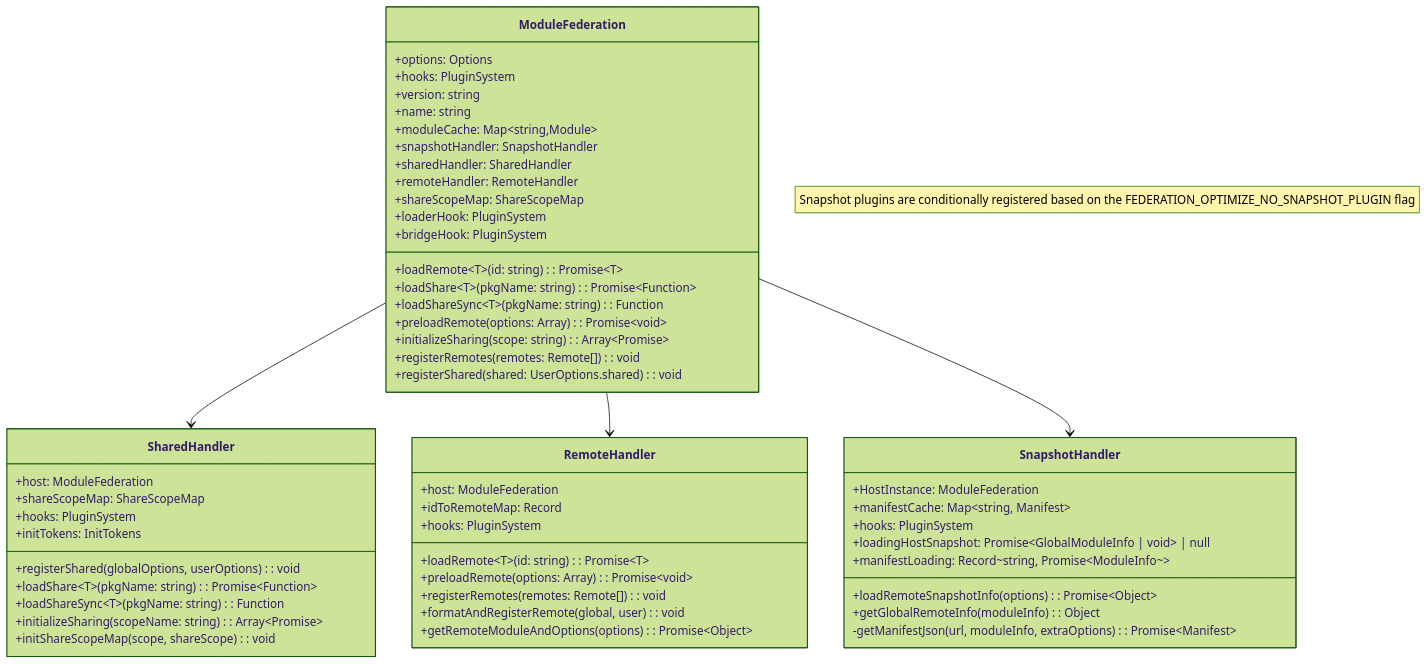
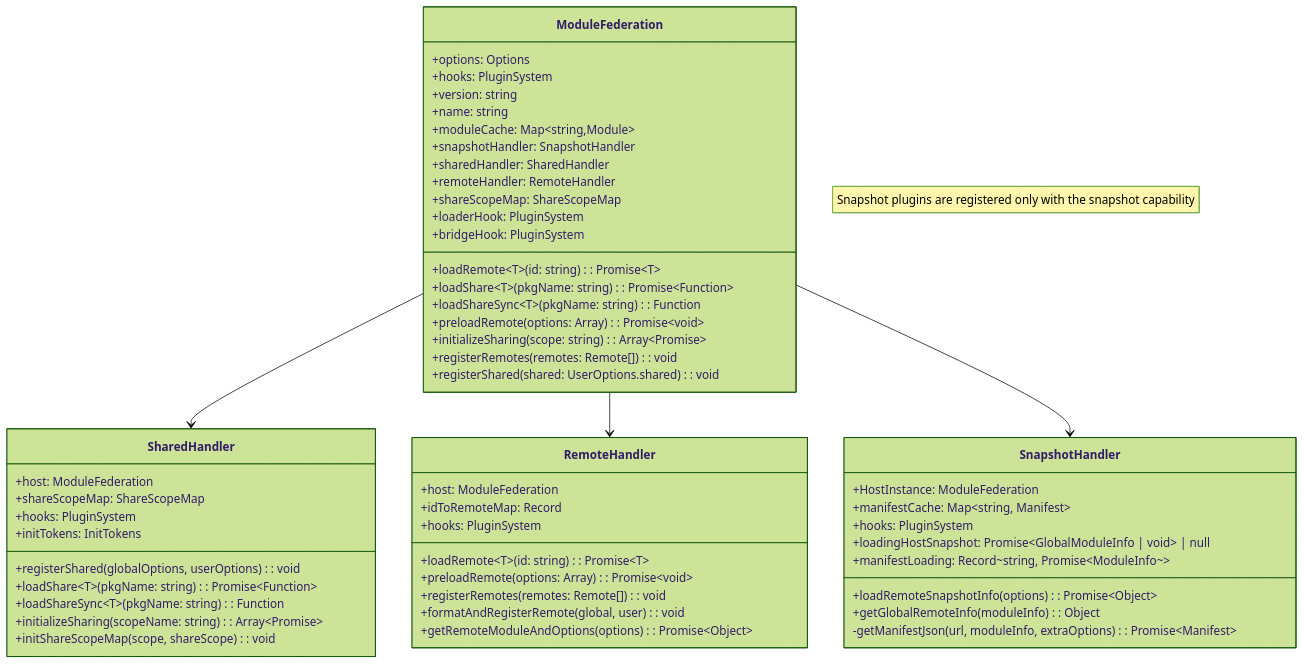
Before and after one commit to module-federation/core: the second of 3 diagrams in arch-doc/runtime-architecture.md, drawn with Mermaid (forest theme). The commit also changed other lines of this file and 4 other files, not shown here.

````diff
--- a/arch-doc/runtime-architecture.md
+++ b/arch-doc/runtime-architecture.md
@@ -96,67 +95,67 @@
 ```mermaid
 classDiagram
     class ModuleFederation {
         +options: Options
         +hooks: PluginSystem
         +version: string
         +name: string
         +moduleCache: Map~string,Module~
         +snapshotHandler: SnapshotHandler
         +sharedHandler: SharedHandler
         +remoteHandler: RemoteHandler
         +shareScopeMap: ShareScopeMap
         +loaderHook: PluginSystem
         +bridgeHook: PluginSystem
 
         +loadRemote~T~(id: string): Promise~T~
         +loadShare~T~(pkgName: string): Promise~Function~
         +loadShareSync~T~(pkgName: string): Function
         +preloadRemote(options: Array): Promise~void~
         +initializeSharing(scope: string): Array~Promise~
         +registerRemotes(remotes: Remote[]): void
         +registerShared(shared: UserOptions.shared): void
     }
 
     class SharedHandler {
         +host: ModuleFederation
         +shareScopeMap: ShareScopeMap
         +hooks: PluginSystem
         +initTokens: InitTokens
 
         +registerShared(globalOptions, userOptions): void
         +loadShare~T~(pkgName: string): Promise~Function~
         +loadShareSync~T~(pkgName: string): Function
         +initializeSharing(scopeName: string): Array~Promise~
         +initShareScopeMap(scope, shareScope): void
     }
 
     class RemoteHandler {
         +host: ModuleFederation
         +idToRemoteMap: Record
         +hooks: PluginSystem
 
         +loadRemote~T~(id: string): Promise~T~
         +preloadRemote(options: Array): Promise~void~
         +registerRemotes(remotes: Remote[]): void
         +formatAndRegisterRemote(global, user): void
         +getRemoteModuleAndOptions(options): Promise~Object~
     }
 
     class SnapshotHandler {
         +HostInstance: ModuleFederation
         +manifestCache: Map~string, Manifest~
         +hooks: PluginSystem
         +loadingHostSnapshot: Promise~GlobalModuleInfo | void~ | null
         +manifestLoading: Record~string, Promise~ModuleInfo~~
 
         +loadRemoteSnapshotInfo(options): Promise~Object~
         +getGlobalRemoteInfo(moduleInfo): Object
         -getManifestJson(url, moduleInfo, extraOptions): Promise~Manifest~
     }
 
-    note "Snapshot plugins are conditionally registered based on the FEDERATION_OPTIMIZE_NO_SNAPSHOT_PLUGIN flag"
+    note "Snapshot plugins are registered only with the snapshot capability"
 
     ModuleFederation --> SharedHandler
     ModuleFederation --> RemoteHandler
     ModuleFederation --> SnapshotHandler
 ```
````
